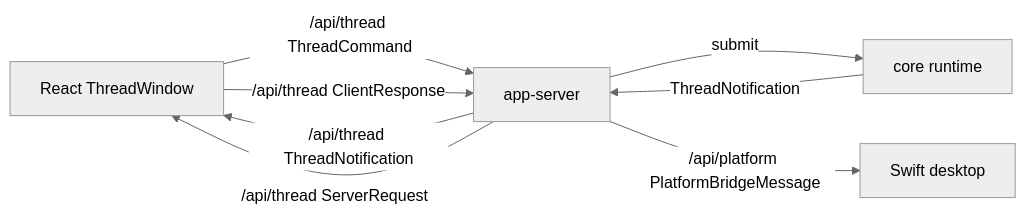
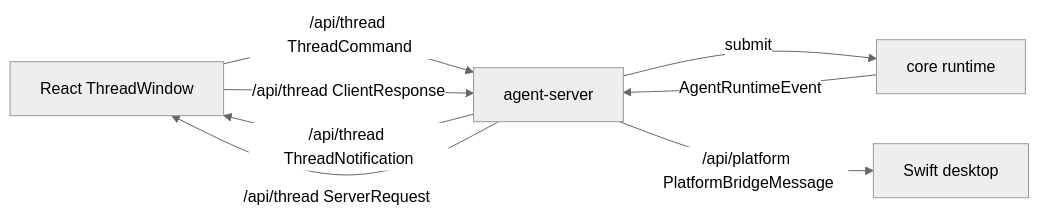
The diagram in packages/core/src/protocol/protocol.md (Lixuhang987/SpotAgent), drawn with Mermaid (neutral theme) before and after one commit. The commit also changed other lines of this file and 36 other files, not shown here.

Commit message:
docs: reorganize architecture docs

````diff
--- a/packages/core/src/protocol/protocol.md
+++ b/packages/core/src/protocol/protocol.md
@@ -22,10 +22,10 @@
 ```mermaid
 flowchart LR
-  A[React ThreadWindow] -->|/api/thread ThreadCommand| B[app-server]
+  A[React ThreadWindow] -->|/api/thread ThreadCommand| B[agent-server]
   B -->|submit| C[core runtime]
-  C -->|ThreadNotification| B
+  C -->|AgentRuntimeEvent| B
   B -->|/api/thread ThreadNotification| A
   B -->|/api/thread ServerRequest| A
   A -->|/api/thread ClientResponse| B
   B -->|/api/platform PlatformBridgeMessage| D[Swift desktop]
 ```
````
